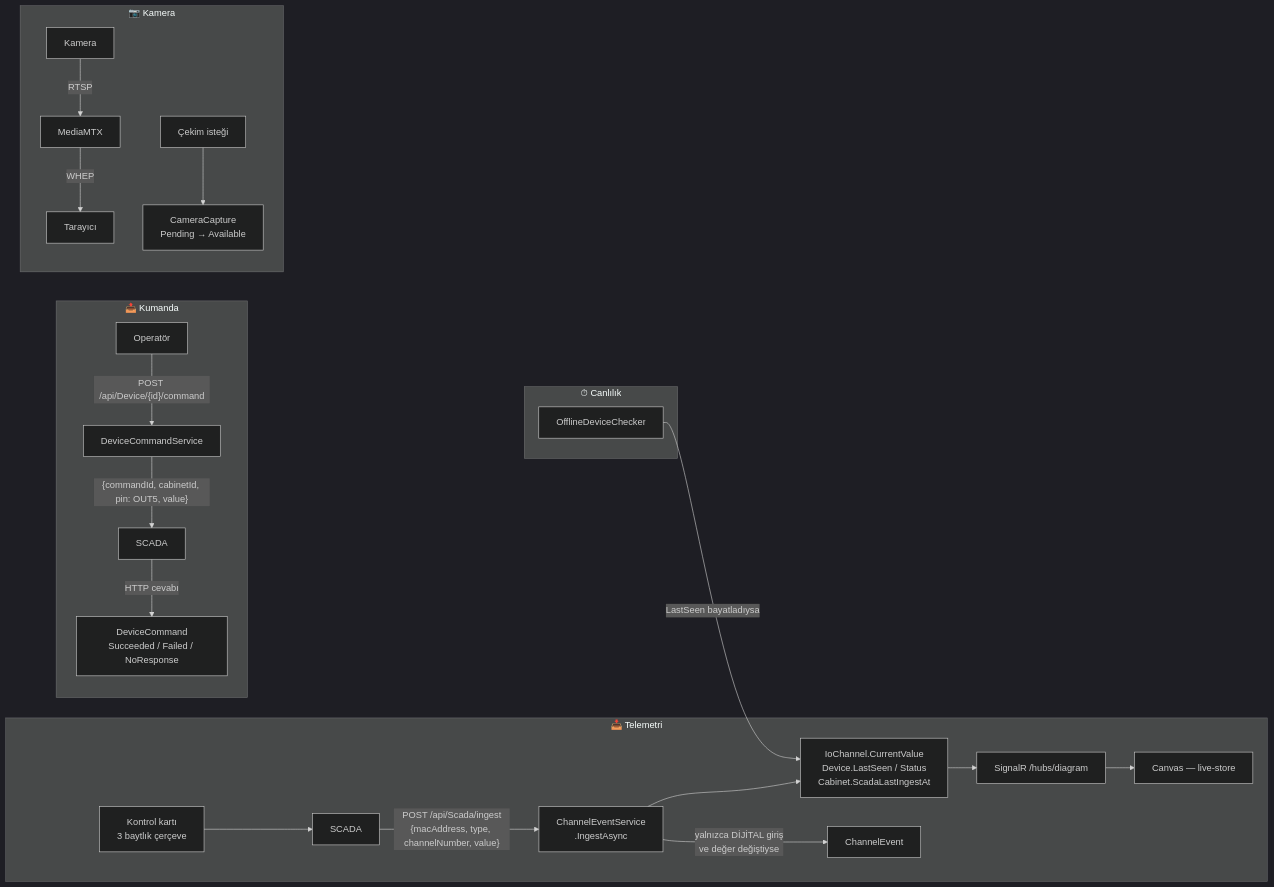
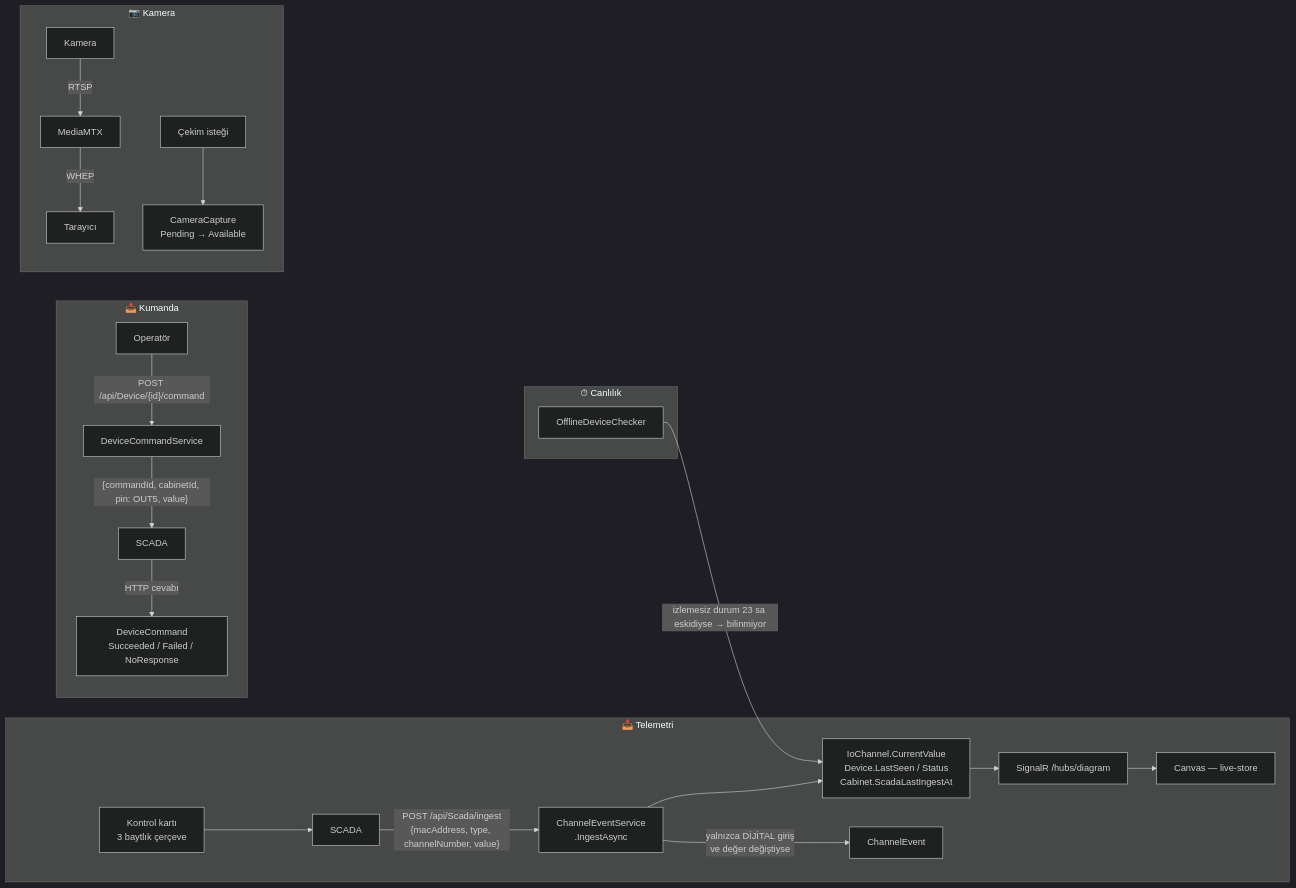
One commit to servankilinc/Scadex changed the second of 2 diagrams in Docs/data-structor.md. Above: the diagram before and after it, drawn with Mermaid (dark theme). The commit also changed 66 other files, not shown here.

````diff
--- a/Docs/data-structor.md
+++ b/Docs/data-structor.md
@@ -341,27 +341,27 @@
 ```mermaid
 flowchart LR
     subgraph OKUMA["📥 Telemetri"]
         KART["Kontrol kartı<br/>3 baytlık çerçeve"] --> SC["SCADA"]
         SC -->|"POST /api/Scada/ingest<br/>{macAddress, type, channelNumber, value}"| ING["ChannelEventService<br/>.IngestAsync"]
         ING --> CV["IoChannel.CurrentValue<br/>Device.LastSeen / Status<br/>Cabinet.ScadaLastIngestAt"]
         ING -->|"yalnızca DİJİTAL giriş<br/>ve değer değiştiyse"| CE["ChannelEvent"]
         CV --> HUB["SignalR /hubs/diagram"]
         HUB --> UI["Canvas — live-store"]
     end
 
     subgraph YAZMA["📤 Kumanda"]
         OP["Operatör"] -->|"POST /api/Device/{id}/command"| DCS["DeviceCommandService"]
         DCS -->|"{commandId, cabinetId, pin: OUT5, value}"| SC2["SCADA"]
         SC2 -->|"HTTP cevabı"| DC["DeviceCommand<br/>Succeeded / Failed / NoResponse"]
     end
 
     subgraph KAMERA["📷 Kamera"]
         CAM["Kamera"] -->|RTSP| MTX["MediaMTX"]
         MTX -->|WHEP| BR["Tarayıcı"]
         CAP["Çekim isteği"] --> CC["CameraCapture<br/>Pending → Available"]
     end
 
     subgraph SUPURUCU["⏱ Canlılık"]
-        OFF["OfflineDeviceChecker"] -->|"LastSeen bayatladıysa"| CV
+        OFF["OfflineDeviceChecker"] -->|"izlemesiz durum 23 sa eskidiyse → bilinmiyor"| CV
     end
 ```
````
